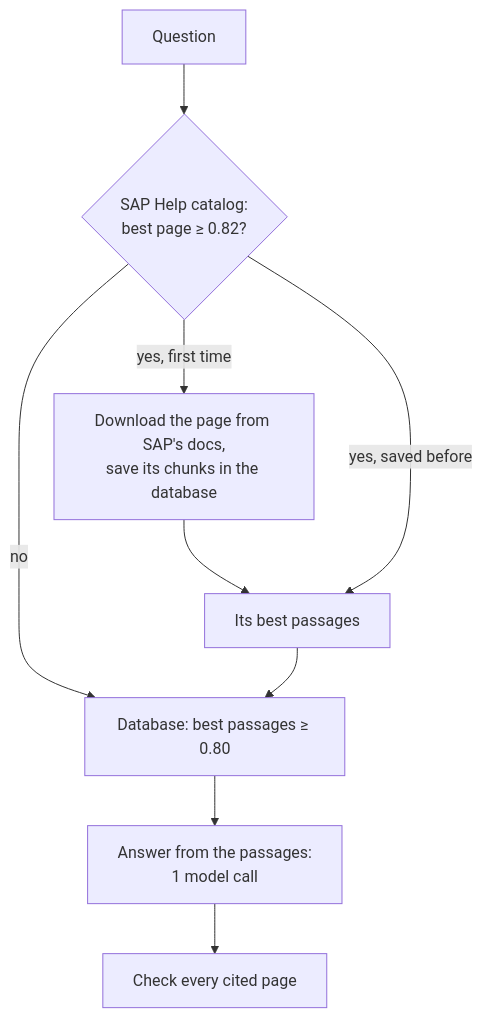
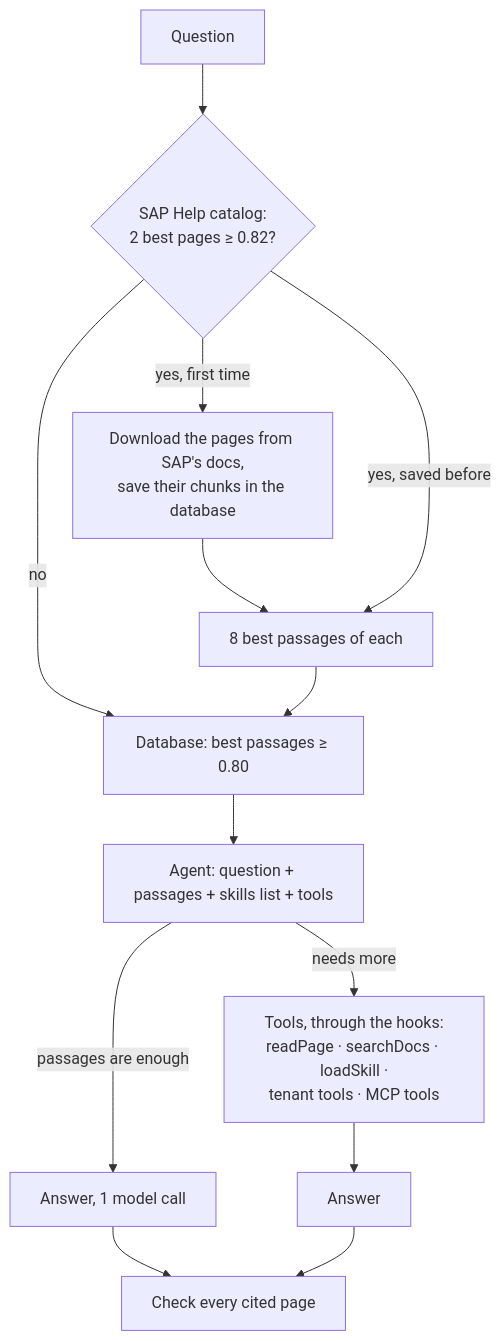
Before and after one commit to hhovhann/cpi-assistant: the diagram in README.md, drawn with Mermaid. The commit also changed other lines of this file and 37 other files, not shown here.

````diff
--- a/README.md
+++ b/README.md
@@ -17,10 +20,13 @@
 ```mermaid
 flowchart TB
-    Q[Question] --> CAT{SAP Help catalog:<br/>best page ≥ 0.82?}
-    CAT -- "yes, first time" --> DL[Download the page from SAP's docs,<br/>save its chunks in the database] --> P[Its best passages]
+    Q[Question] --> CAT{SAP Help catalog:<br/>2 best pages ≥ 0.82?}
+    CAT -- "yes, first time" --> DL[Download the pages from SAP's docs,<br/>save their chunks in the database] --> P[8 best passages of each]
     CAT -- "yes, saved before" --> P
     CAT -- no --> DB
     P --> DB[Database: best passages ≥ 0.80]
-    DB --> A[Answer from the passages:<br/>1 model call]
-    A --> C[Check every cited page]
+    DB --> A[Agent: question + passages + skills list + tools]
+    A -- passages are enough --> ANS[Answer, 1 model call]
+    A -- needs more --> T[Tools, through the hooks:<br/>readPage · searchDocs · loadSkill ·<br/>tenant tools · MCP tools] --> ANS2[Answer]
+    ANS --> C[Check every cited page]
+    ANS2 --> C
 ```
````
